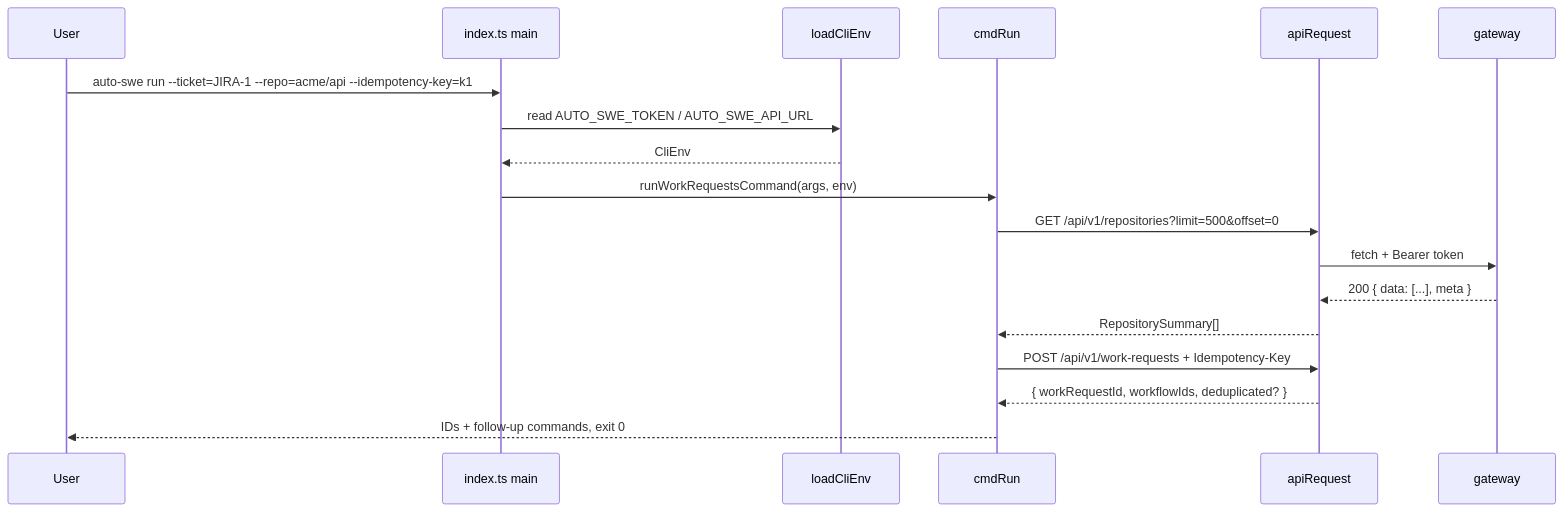
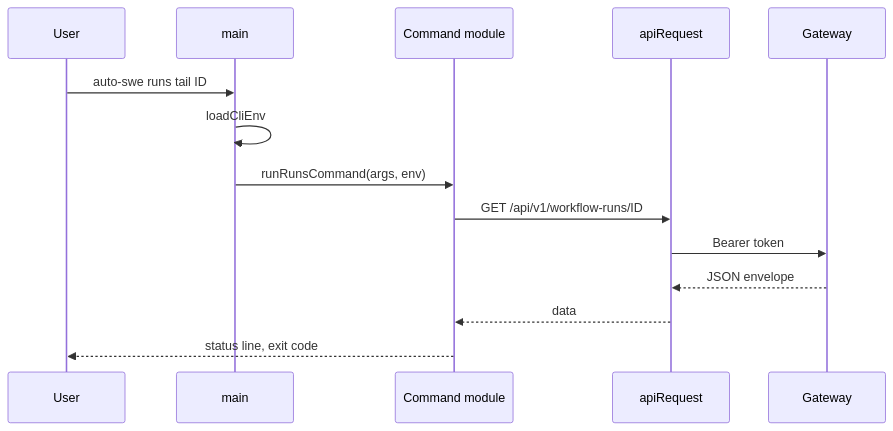
One commit to yorch/auto-swe changed the second of 2 diagrams in wiki/6-cli.md. Above: the diagram before and after it, drawn with Mermaid. The commit also changed other lines of this file and 30 other files, not shown here.

````diff
--- a/wiki/6-cli.md
+++ b/wiki/6-cli.md
@@ -204,21 +133,16 @@
 ```mermaid
 sequenceDiagram
-    participant User
-    participant main as index.ts main
-    participant env as loadCliEnv
-    participant cmd as cmdRun
-    participant api as apiRequest
-    participant gw as gateway
-
-    User->>main: auto-swe run --ticket=JIRA-1 --repo=acme/api --idempotency-key=k1
-    main->>env: read AUTO_SWE_TOKEN / AUTO_SWE_API_URL
-    env-->>main: CliEnv
-    main->>cmd: runWorkRequestsCommand(args, env)
-    cmd->>api: GET /api/v1/repositories?limit=500&offset=0
-    api->>gw: fetch + Bearer token
-    gw-->>api: 200 { data: [...], meta }
-    api-->>cmd: RepositorySummary[]
-    cmd->>api: POST /api/v1/work-requests + Idempotency-Key
-    api-->>cmd: { workRequestId, workflowIds, deduplicated? }
-    cmd-->>User: IDs + follow-up commands, exit 0
+    participant U as User
+    participant M as main
+    participant C as Command module
+    participant A as apiRequest
+    participant G as Gateway
+    U->>M: auto-swe runs tail ID
+    M->>M: loadCliEnv
+    M->>C: runRunsCommand(args, env)
+    C->>A: GET /api/v1/workflow-runs/ID
+    A->>G: Bearer token
+    G-->>A: JSON envelope
+    A-->>C: data
+    C-->>U: status line, exit code
 ```
````
